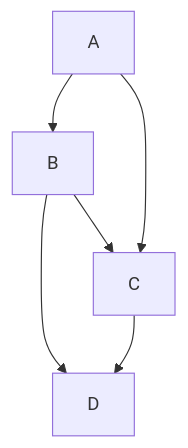
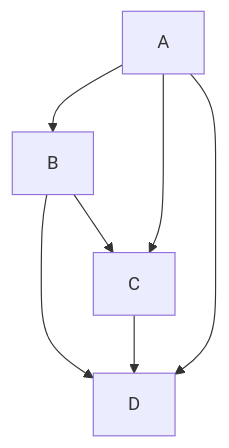
Before and after one commit to sechshelme/Lazarus-FreeVision-Tutorial: the diagram in readme.md, drawn with Mermaid.

````diff
--- a/readme.md
+++ b/readme.md
@@ -24,8 +24,9 @@
 ```mermaid
 graph TD;
     A-->B;
     A-->C;
     B-->D;
     C-->D;
     B-->C;
+    A-->D;
 ```
````
